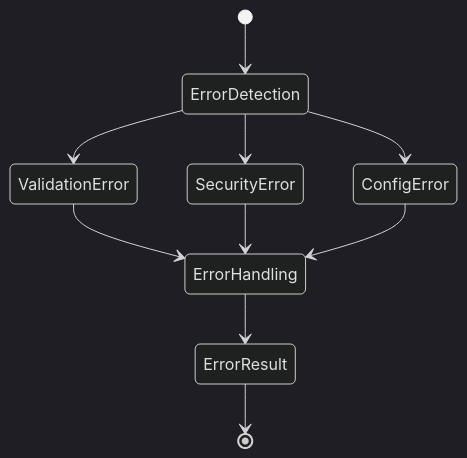
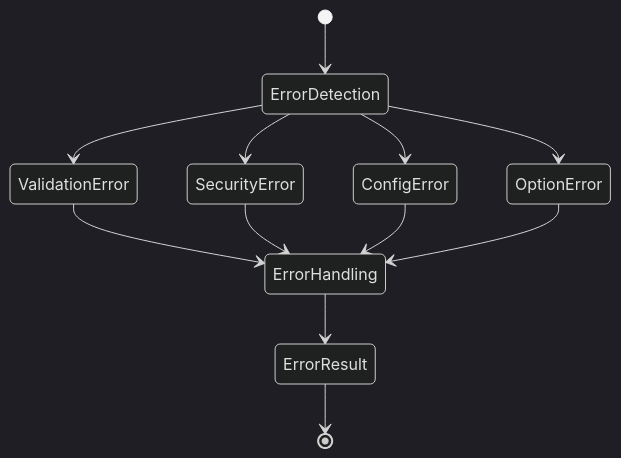
One commit to tettuan/breakdownparams changed the sixth of 10 diagrams in docs/architecture/layer2_diagrams.ja.md. Above: the diagram before and after it, drawn with Mermaid (dark theme). The commit also changed other lines of this file and 123 other files, not shown here.

Commit message:
feat: implement option system architecture - Add option types, registry, tests and update docs

````diff
--- a/docs/architecture/layer2_diagrams.ja.md
+++ b/docs/architecture/layer2_diagrams.ja.md
@@ -102,14 +137,16 @@
 ```mermaid
 stateDiagram-v2
     [*] --> ErrorDetection
     ErrorDetection --> ValidationError
     ErrorDetection --> SecurityError
     ErrorDetection --> ConfigError
+    ErrorDetection --> OptionError
     
     ValidationError --> ErrorHandling
     SecurityError --> ErrorHandling
     ConfigError --> ErrorHandling
+    OptionError --> ErrorHandling
     
     ErrorHandling --> ErrorResult
     ErrorResult --> [*]
 ```
````
